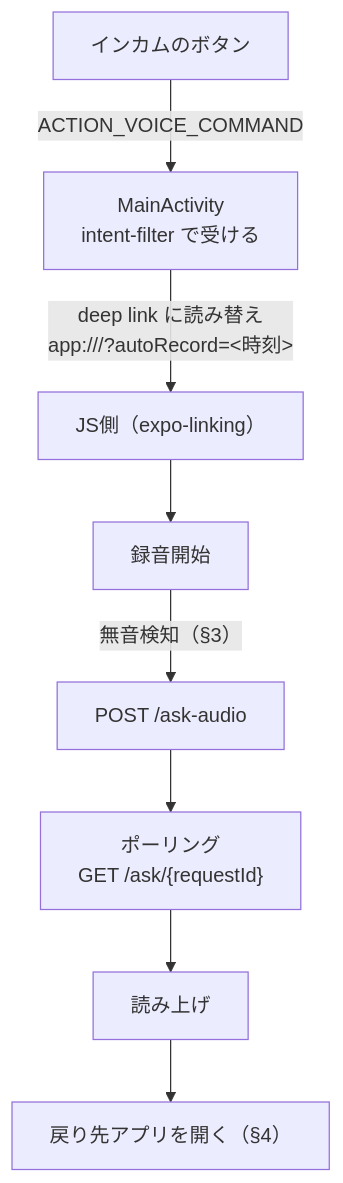
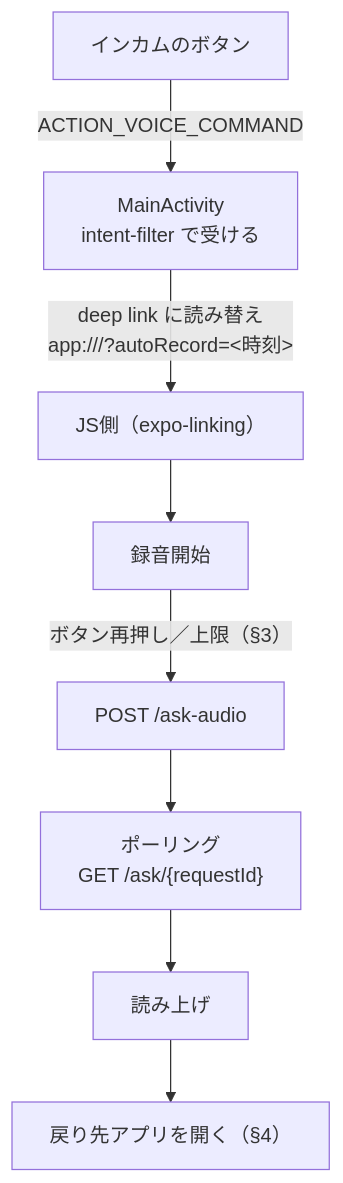
One commit to h-akira/TouringProject changed the diagram in docs/01c_app_client.md. Above: the diagram before and after it, drawn with Mermaid. The commit also changed other lines of this file and 14 other files, not shown here.

````diff
--- a/docs/01c_app_client.md
+++ b/docs/01c_app_client.md
@@ -20,10 +20,10 @@
 ```mermaid
 flowchart TD
     B["インカムのボタン"] -->|"ACTION_VOICE_COMMAND"| MA["MainActivity<br/>intent-filter で受ける"]
     MA -->|"deep link に読み替え<br/>app:///?autoRecord=&lt;時刻&gt;"| JS["JS側（expo-linking）"]
     JS --> REC["録音開始"]
-    REC -->|"無音検知（§3）"| SEND["POST /ask-audio"]
+    REC -->|"ボタン再押し／上限（§3）"| SEND["POST /ask-audio"]
     SEND --> POLL["ポーリング<br/>GET /ask/{requestId}"]
     POLL --> PLAY["読み上げ"]
     PLAY --> RET["戻り先アプリを開く（§4）"]
 ```
````
